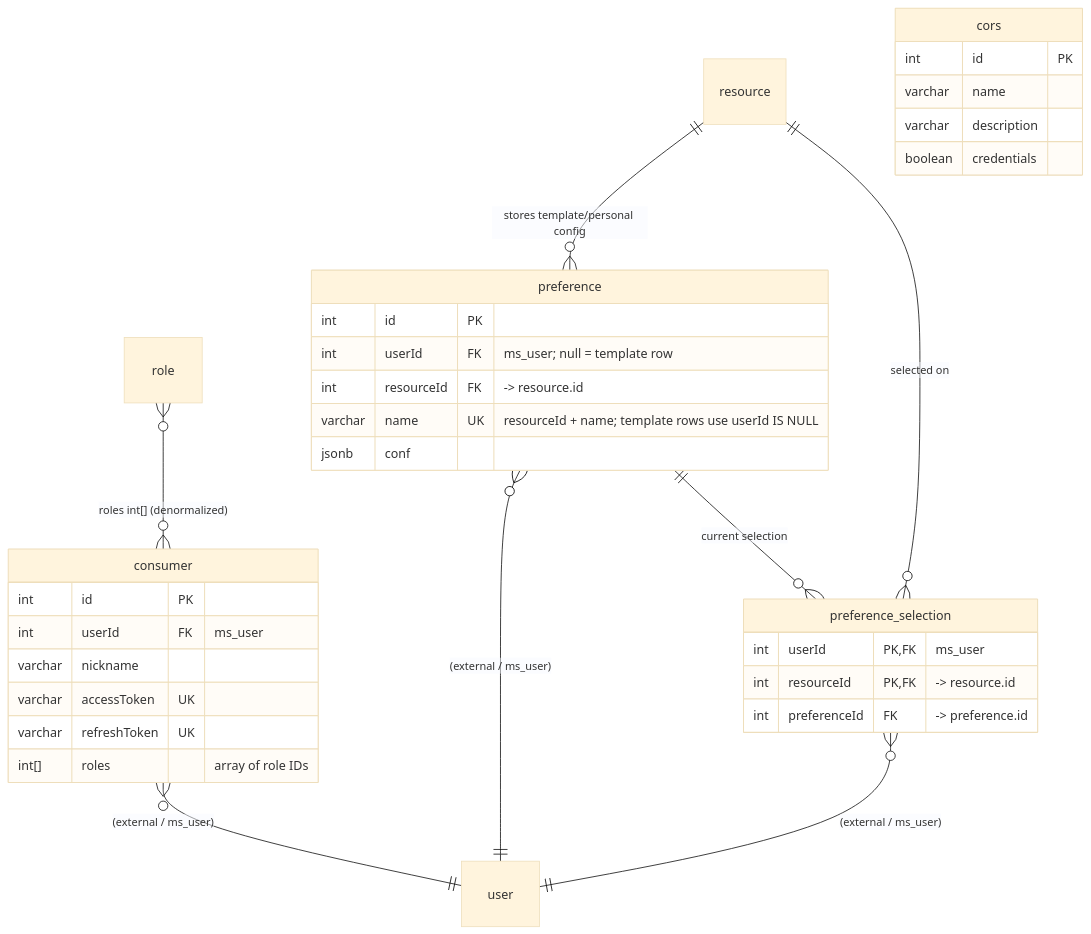
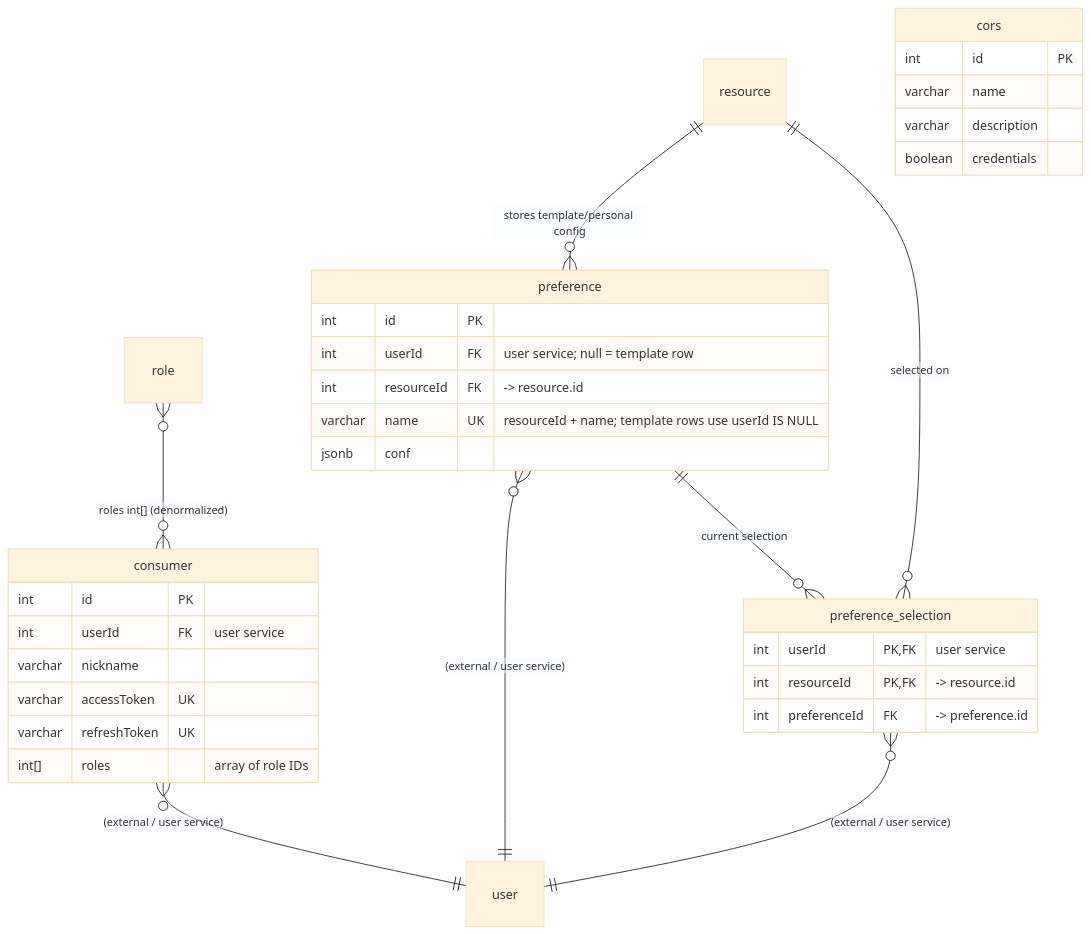
Before and after one commit to ALTEN-group/Gatelin: the second of 2 diagrams in doc/erd.md, drawn with Mermaid (base theme). The commit also changed 58 other files, not shown here.

Commit message:
feat: integrate Megadex user service (#162)

````diff
--- a/doc/erd.md
+++ b/doc/erd.md
@@ -125,46 +125,46 @@
 ```mermaid
 erDiagram
   role }o--o{ consumer : "roles int[] (denormalized)"
-  consumer }o--|| user : "(external / ms_user)"
-  preference }o--|| user : "(external / ms_user)"
+  consumer }o--|| user : "(external / user service)"
+  preference }o--|| user : "(external / user service)"
   resource ||--o{ preference : "stores template/personal config"
   preference ||--o{ preference_selection : "current selection"
-  preference_selection }o--|| user : "(external / ms_user)"
+  preference_selection }o--|| user : "(external / user service)"
   resource ||--o{ preference_selection : "selected on"
 
   cors {
     int id PK
     varchar name
     varchar description
     boolean credentials
   }
 
   consumer {
     int id PK
-    int userId FK "ms_user"
+    int userId FK "user service"
     varchar nickname
     varchar accessToken UK
     varchar refreshToken UK
     int[] roles "array of role IDs"
   }
 
   preference {
     int id PK
-    int userId FK "ms_user; null = template row"
+    int userId FK "user service; null = template row"
     int resourceId FK "-> resource.id"
     varchar name UK "resourceId + name; template rows use userId IS NULL"
     jsonb conf
   }
 
   preference_selection {
-    int userId PK, FK "ms_user"
+    int userId PK, FK "user service"
     int resourceId PK, FK "-> resource.id"
     int preferenceId FK "-> preference.id"
   }
 
   user {
   }
 
   role {
   }
 ```
````
